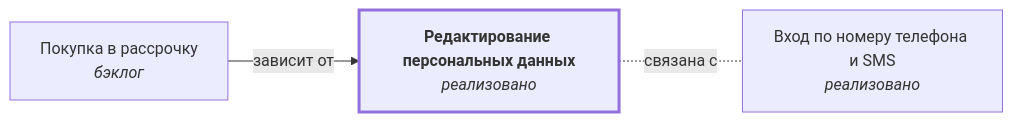
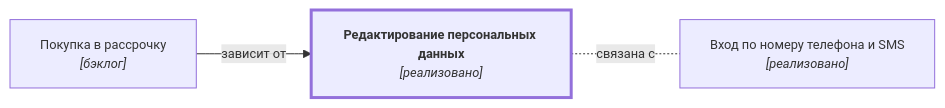
The diagram in docs/specifications/profile/edit-data.md (DmitryKhilko/example-app-requirements), drawn with Mermaid before and after one commit. The commit also changed other lines of this file and 21 other files, not shown here.

````diff
--- a/docs/specifications/profile/edit-data.md
+++ b/docs/specifications/profile/edit-data.md
@@ -26,15 +26,16 @@
 ```mermaid
+%%{init: {"themeVariables": {"fontSize": "12.8px"}}}%%
 flowchart LR
-    n0["<b>Редактирование персональных данных</b><br/><i>реализовано</i>"]
-    n1["Покупка в рассрочку<br/><i>бэклог</i>"]
-    n2["Вход по номеру телефона и SMS<br/><i>реализовано</i>"]
+    n0["<b>Редактирование персональных данных</b><br/><i>[реализовано]</i>"]
+    n1["Покупка в рассрочку<br/><i>[бэклог]</i>"]
+    n2["Вход по номеру телефона и SMS<br/><i>[реализовано]</i>"]
     n1 -->|"зависит от"| n0
     n0 -.-|"связана с"| n2
 
     classDef current stroke-width:3px
     classDef archived stroke-dasharray:5 4
     class n0 current
 
     click n1 "../../orders/credit-pay/"
     click n2 "../auth-sms/"
 ```
````
